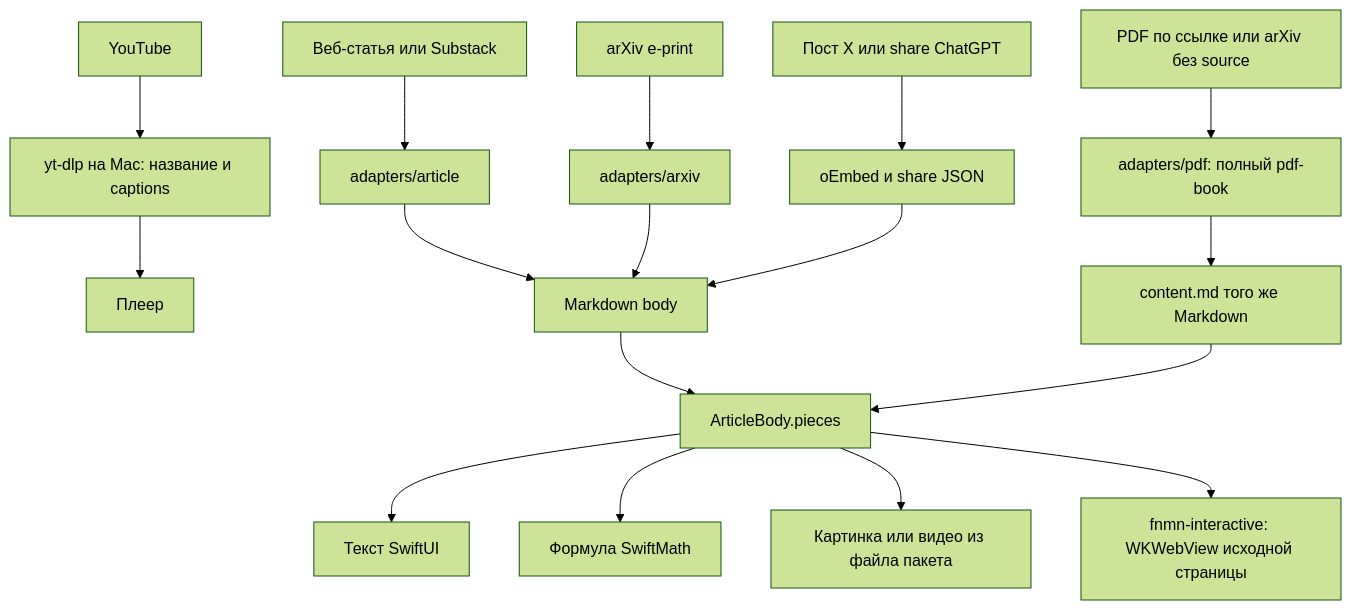
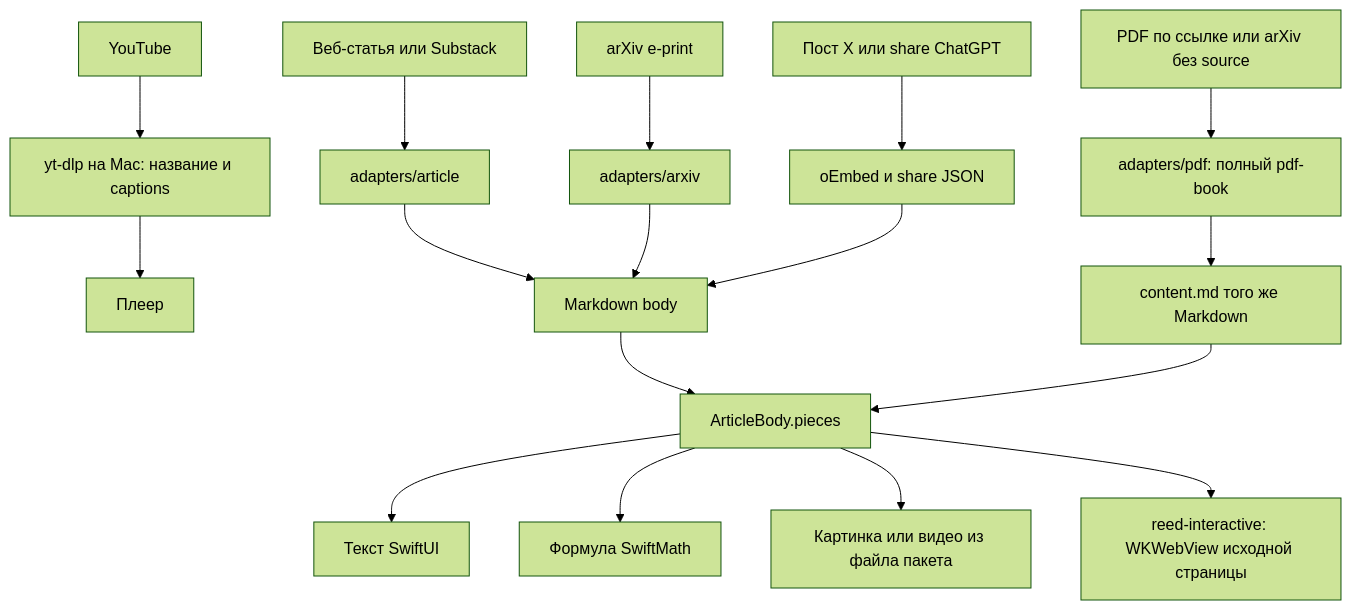
The diagram in notes/viz/reading.md (vladkalinichencko/fnmn-app), drawn with Mermaid (forest theme) before and after one commit. The commit also changed 398 other files, not shown here.

First line of the commit message:
Rename the project FNMN to REED

````diff
--- a/notes/viz/reading.md
+++ b/notes/viz/reading.md
@@ -5,19 +5,19 @@
 ```mermaid
 flowchart TD
     Web[Веб-статья или Substack] --> WebAdapter[adapters/article]
     Arxiv[arXiv e-print] --> ArxivAdapter[adapters/arxiv]
     Post[Пост X или share ChatGPT] --> TextAdapter[oEmbed и share JSON]
     Pdf[PDF по ссылке или arXiv без source] --> PdfAdapter[adapters/pdf: полный pdf-book]
     Tube[YouTube] --> TubeMac[yt-dlp на Mac: название и captions]
     TubeMac --> Player[Плеер]
     WebAdapter --> Body[Markdown body]
     ArxivAdapter --> Body
     TextAdapter --> Body
     PdfAdapter --> Content[content.md того же Markdown]
     Body --> Pieces[ArticleBody.pieces]
     Content --> Pieces
     Pieces --> Text[Текст SwiftUI]
     Pieces --> Math[Формула SwiftMath]
     Pieces --> File[Картинка или видео из файла пакета]
-    Pieces --> Live[fnmn-interactive: WKWebView исходной страницы]
+    Pieces --> Live[reed-interactive: WKWebView исходной страницы]
 ```
````
